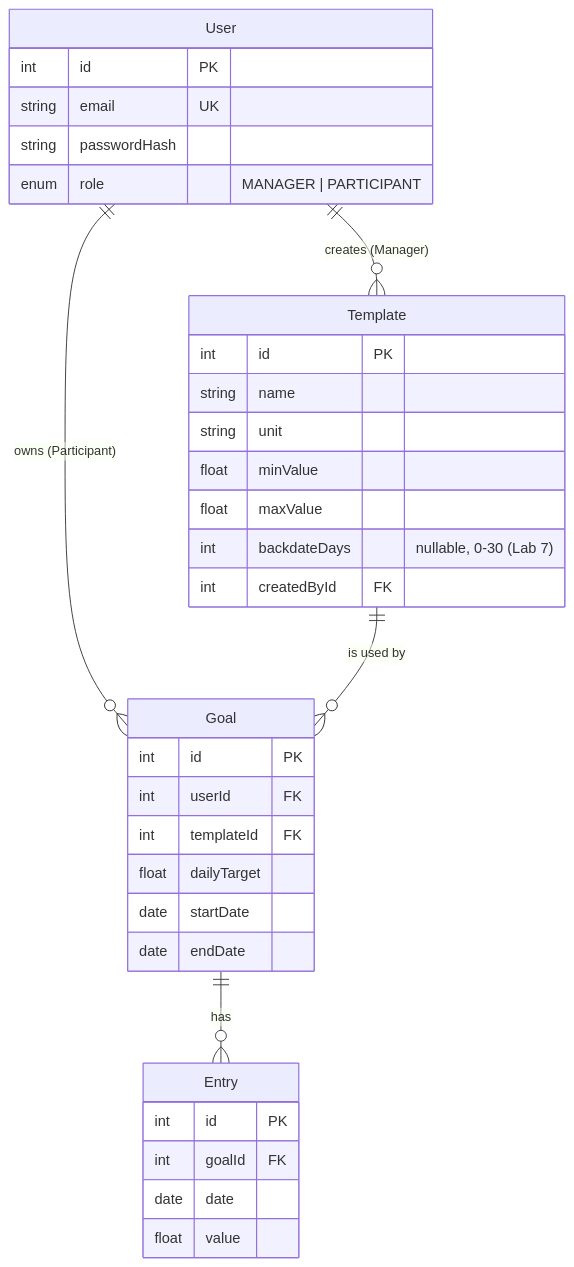
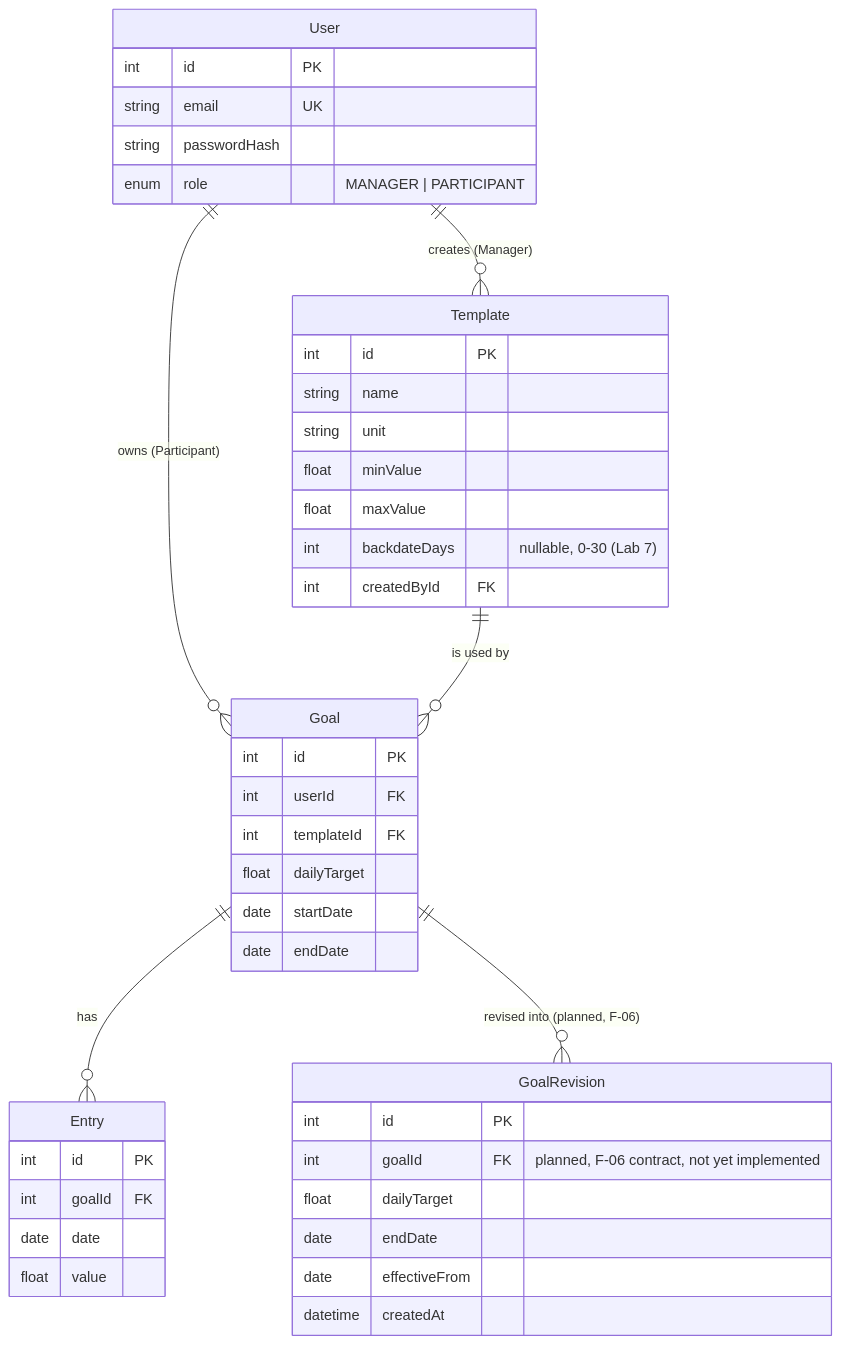
Before and after one commit to asamapornch/habit-activity-tracker: the diagram in docs/system-sds.md, drawn with Mermaid. The commit also changed other lines of this file and 4 other files, not shown here.

First line of the commit message:
docs(sprint2): F-06 goal-revisions contract (FR-10, BR-10, BR-11)

````diff
--- a/docs/system-sds.md
+++ b/docs/system-sds.md
@@ -37,36 +37,45 @@
 ```mermaid
 erDiagram
     User ||--o{ Template : "creates (Manager)"
     User ||--o{ Goal : "owns (Participant)"
     Template ||--o{ Goal : "is used by"
     Goal ||--o{ Entry : "has"
     User {
       int id PK
       string email UK
       string passwordHash
       enum role "MANAGER | PARTICIPANT"
     }
     Template {
       int id PK
       string name
       string unit
       float minValue
       float maxValue
       int backdateDays "nullable, 0-30 (Lab 7)"
       int createdById FK
     }
     Goal {
       int id PK
       int userId FK
       int templateId FK
       float dailyTarget
       date startDate
       date endDate
     }
     Entry {
       int id PK
       int goalId FK
       date date
       float value
     }
+    GoalRevision {
+      int id PK
+      int goalId FK "planned, F-06 contract, not yet implemented"
+      float dailyTarget
+      date endDate
+      date effectiveFrom
+      datetime createdAt
+    }
+    Goal ||--o{ GoalRevision : "revised into (planned, F-06)"
 ```
````
